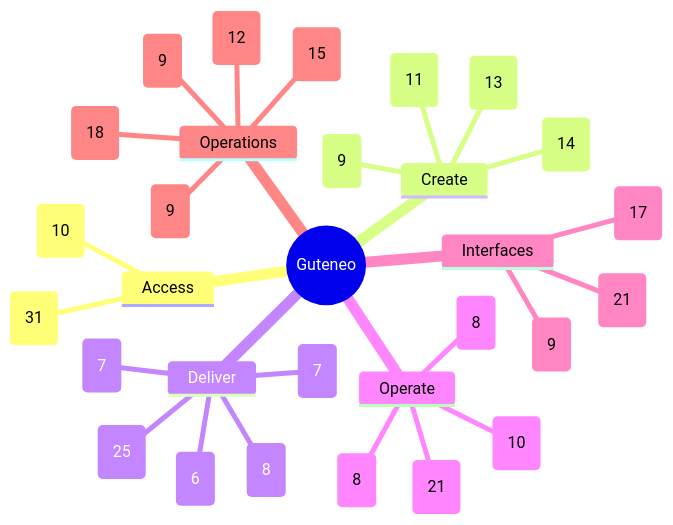
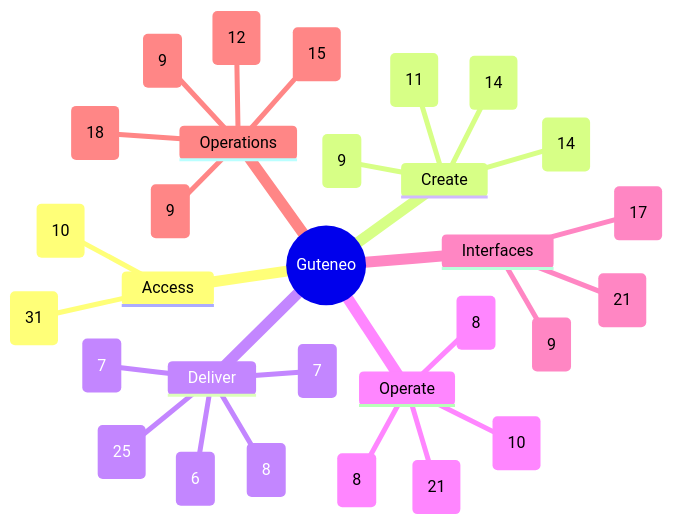
One commit to nclsppr/guteneo changed the diagram in docs/FEATURE_MAP.md. Above: the diagram before and after it, drawn with Mermaid. The commit also changed other lines of this file and 33 other files, not shown here.

````diff
--- a/docs/FEATURE_MAP.md
+++ b/docs/FEATURE_MAP.md
@@ -13,33 +13,33 @@
 ```mermaid
 mindmap
   root((Guteneo))
     Access
       Access and identity (31)
       Team and responsibilities (10)
     Create
-      Documents and protection (13)
+      Documents and protection (14)
       Template studio (14)
       Data and mappings (9)
       PDF generation and distribution (11)
     Deliver
       Fax (6)
       Postal mail (8)
       Email and protected links (7)
       Sensitive distribution and personal documents (25)
       Dispatch dry run (7)
     Operate
       Campaigns and tracking (8)
       Credits and billing (8)
       Workspace layout and browser appearance (21)
       PDF verification (10)
     Interfaces
       Assistants and API (21)
       iPhone and iPad (9)
       Public pages, languages and appearance (17)
     Operations
       Reviewer OAuth qualification (9)
       Operations and reliability (18)
       Belvédère platform oversight (9)
       Public service status (15)
       Engineering documentation (12)
 ```
````
